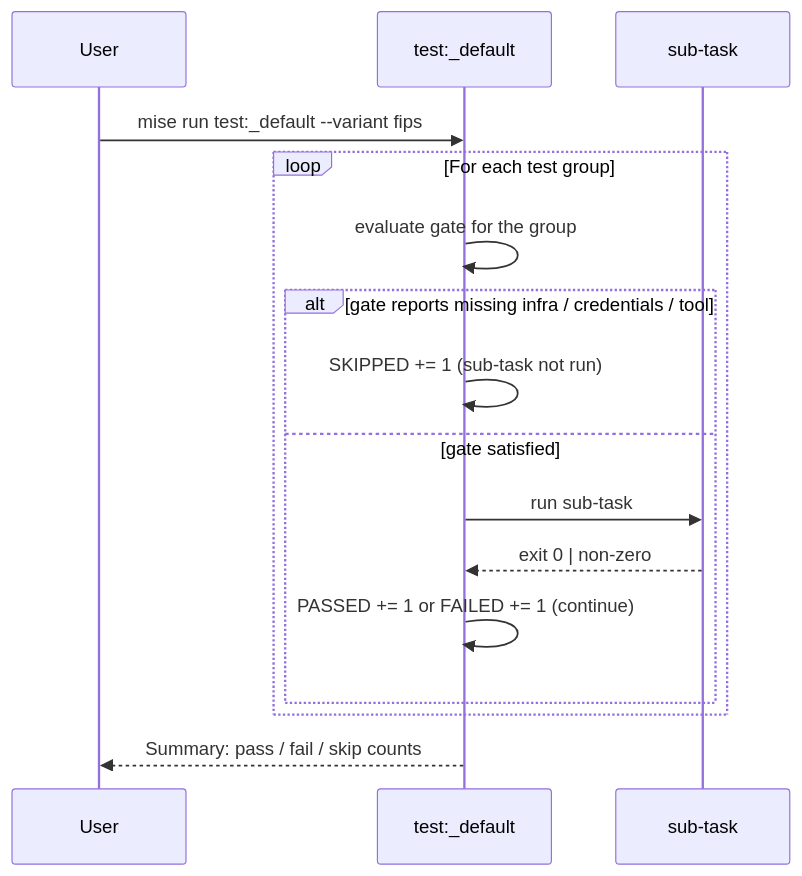
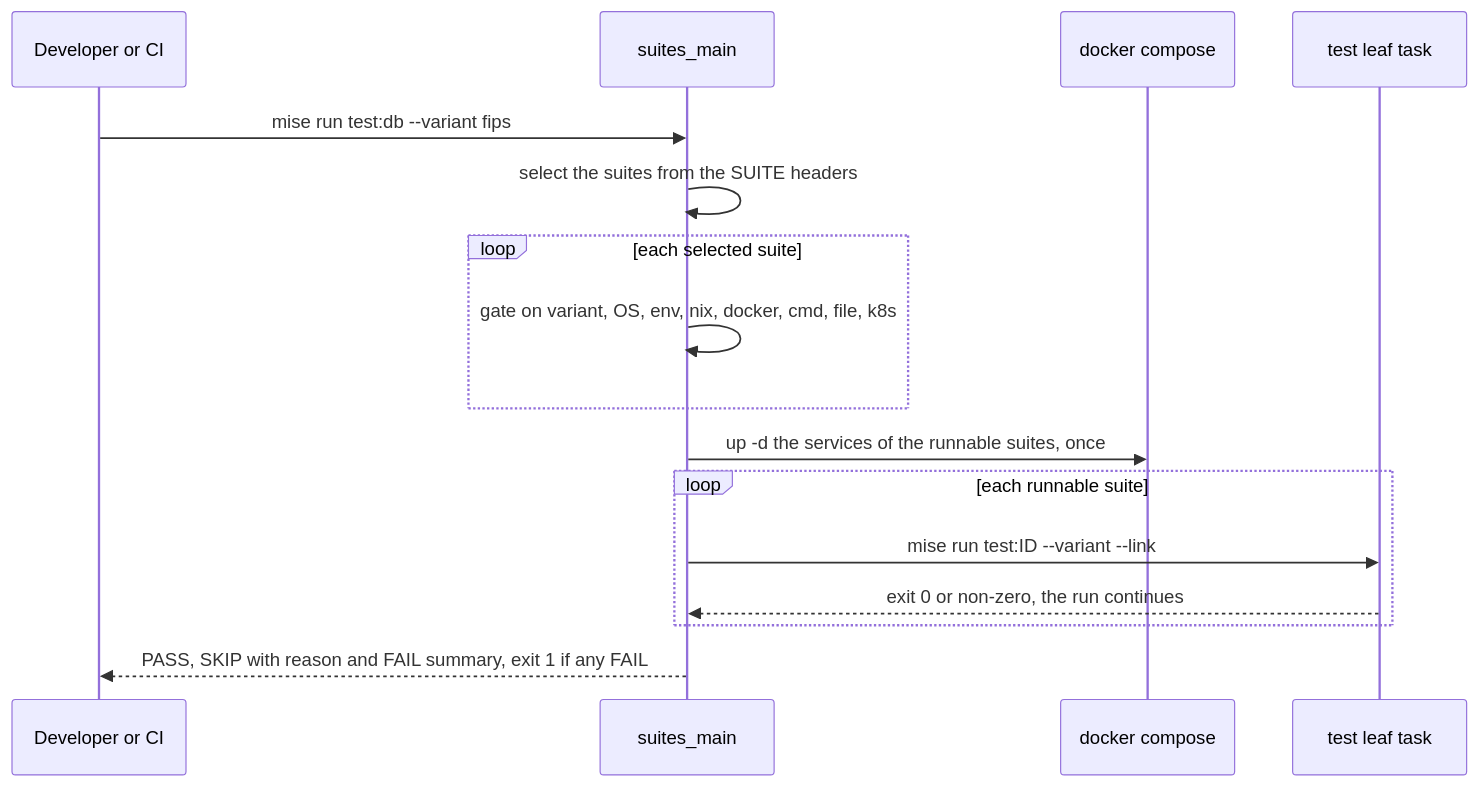
Before and after one commit to Cosmian/kms: the second of 56 diagrams in .mise/tasks/test/README.md, drawn with Mermaid. The commit also changed other lines of this file and 238 other files, not shown here.

First line of the commit message:
refactor(mise): group test tasks and declare each suite in a #SUITE header

````diff
--- a/.mise/tasks/test/README.md
+++ b/.mise/tasks/test/README.md
@@ -74,19 +110,19 @@
 ```mermaid
 sequenceDiagram
-    participant User as User
-    participant Def as test:_default
-    participant Sub as sub-task
+    participant User as Developer or CI
+    participant Main as suites_main
+    participant Compose as docker compose
+    participant Leaf as test leaf task
 
-    User->>Def: mise run test:_default --variant fips
-    loop For each test group
-        Def->>Def: evaluate gate for the group
-        alt gate reports missing infra / credentials / tool
-            Def->>Def: SKIPPED += 1 (sub-task not run)
-        else gate satisfied
-            Def->>Sub: run sub-task
-            Sub-->>Def: exit 0 | non-zero
-            Def->>Def: PASSED += 1 or FAILED += 1 (continue)
-        end
+    User->>Main: mise run test:db --variant fips
+    Main->>Main: select the suites from the SUITE headers
+    loop each selected suite
+        Main->>Main: gate on variant, OS, env, nix, docker, cmd, file, k8s
     end
-    Def-->>User: Summary: pass / fail / skip counts
+    Main->>Compose: up -d the services of the runnable suites, once
+    loop each runnable suite
+        Main->>Leaf: mise run test:ID --variant --link
+        Leaf-->>Main: exit 0 or non-zero, the run continues
+    end
+    Main-->>User: PASS, SKIP with reason and FAIL summary, exit 1 if any FAIL
 ```
````
